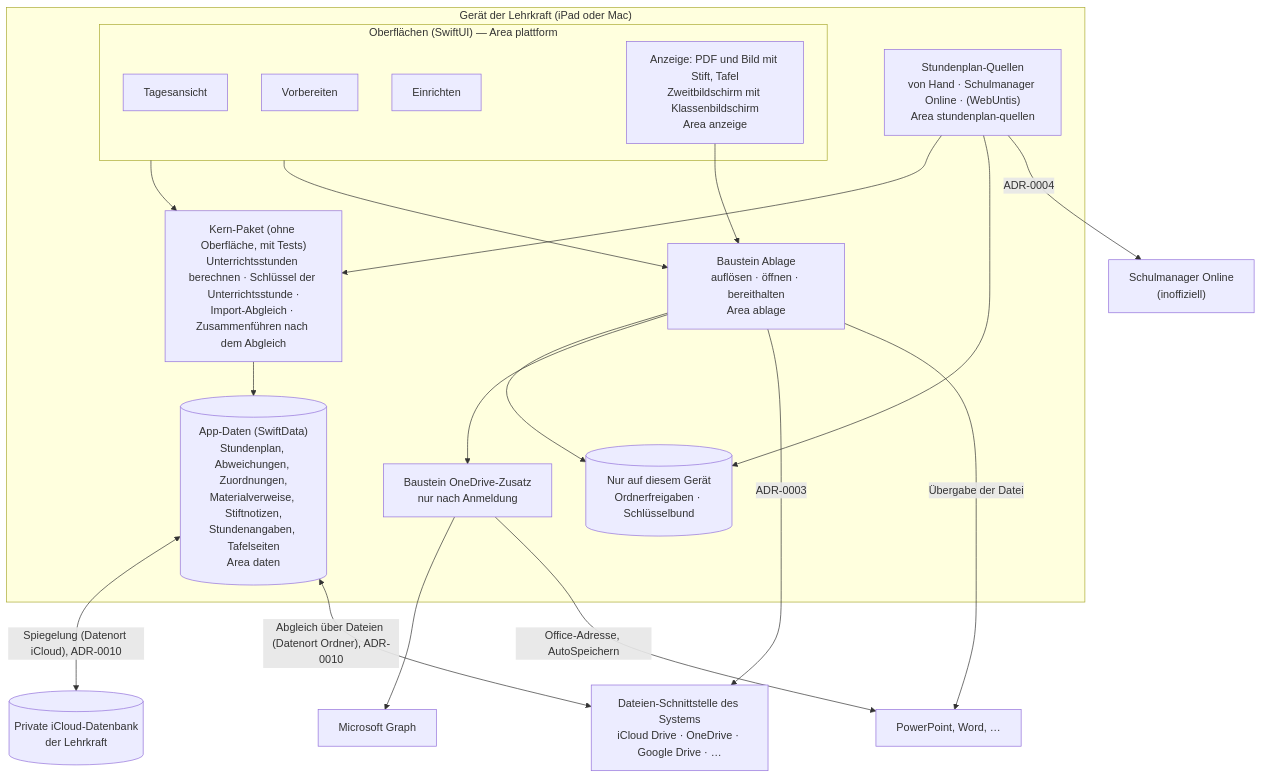
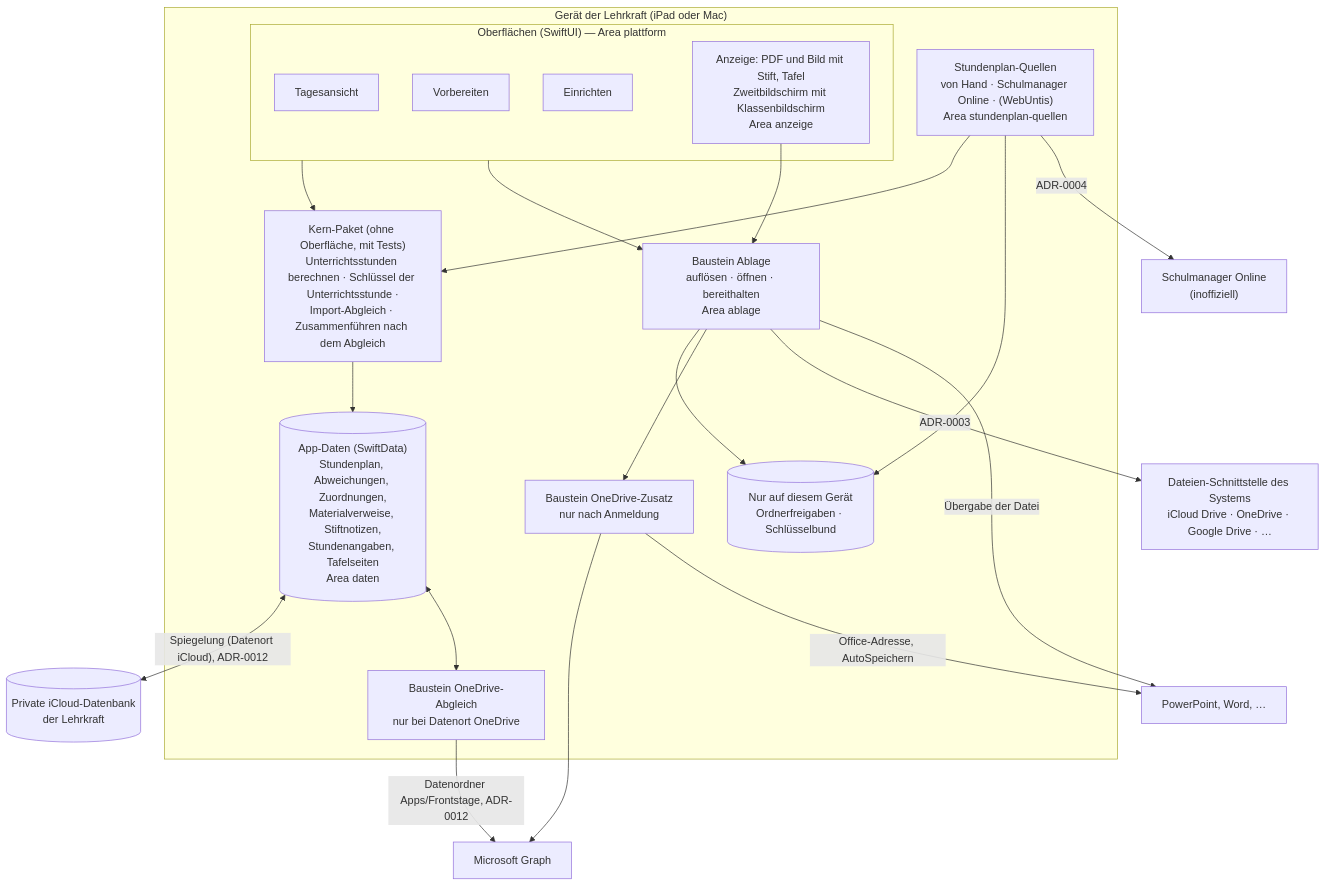
The diagram in docs/ARCHITECTURE.md (andreasgrathwohl/Tagesmappe), drawn with Mermaid before and after one commit. The commit also changed other lines of this file and 9 other files, not shown here.

First line of the commit message:
docs: sub-plan 08 data location iCloud or OneDrive with QR pairing; ADR-0012

````diff
--- a/docs/ARCHITECTURE.md
+++ b/docs/ARCHITECTURE.md
@@ -21,39 +21,41 @@
 ```mermaid
 flowchart TB
     subgraph Geraet["Gerät der Lehrkraft (iPad oder Mac)"]
         subgraph UI["Oberflächen (SwiftUI) — Area plattform"]
             Tag["Tagesansicht"]
             Vorb["Vorbereiten"]
             Einr["Einrichten"]
             Anz["Anzeige: PDF und Bild mit Stift, Tafel<br/>Zweitbildschirm mit Klassenbildschirm<br/>Area anzeige"]
         end
         Kern["Kern-Paket (ohne Oberfläche, mit Tests)<br/>Unterrichtsstunden berechnen · Schlüssel der Unterrichtsstunde ·<br/>Import-Abgleich · Zusammenführen nach dem Abgleich"]
         Daten[("App-Daten (SwiftData)<br/>Stundenplan, Abweichungen, Zuordnungen,<br/>Materialverweise, Stiftnotizen,<br/>Stundenangaben, Tafelseiten<br/>Area daten")]
         Lokal[("Nur auf diesem Gerät<br/>Ordnerfreigaben · Schlüsselbund")]
         Abl["Baustein Ablage<br/>auflösen · öffnen · bereithalten<br/>Area ablage"]
         OD["Baustein OneDrive-Zusatz<br/>nur nach Anmeldung"]
+        DOD["Baustein OneDrive-Abgleich<br/>nur bei Datenort OneDrive"]
         Quel["Stundenplan-Quellen<br/>von Hand · Schulmanager Online · (WebUntis)<br/>Area stundenplan-quellen"]
     end
 
     iCloud[("Private iCloud-Datenbank<br/>der Lehrkraft")]
     Files["Dateien-Schnittstelle des Systems<br/>iCloud Drive · OneDrive · Google Drive · …"]
     Office["PowerPoint, Word, …"]
     Graph["Microsoft Graph"]
     SM["Schulmanager Online<br/>(inoffiziell)"]
 
     UI --> Kern
     Kern --> Daten
     UI --> Abl
     Anz --> Abl
     Abl --> Lokal
     Abl --> OD
     Quel --> Kern
     Quel --> Lokal
-    Daten <-- "Spiegelung (Datenort iCloud), ADR-0010" --> iCloud
-    Daten <-- "Abgleich über Dateien (Datenort Ordner), ADR-0010" --> Files
+    Daten <-- "Spiegelung (Datenort iCloud), ADR-0012" --> iCloud
+    Daten <--> DOD
+    DOD -- "Datenordner Apps/Frontstage, ADR-0012" --> Graph
     Abl -- "ADR-0003" --> Files
     Abl -- "Übergabe der Datei" --> Office
     OD --> Graph
     OD -- "Office-Adresse, AutoSpeichern" --> Office
     Quel -- "ADR-0004" --> SM
 ```
````
